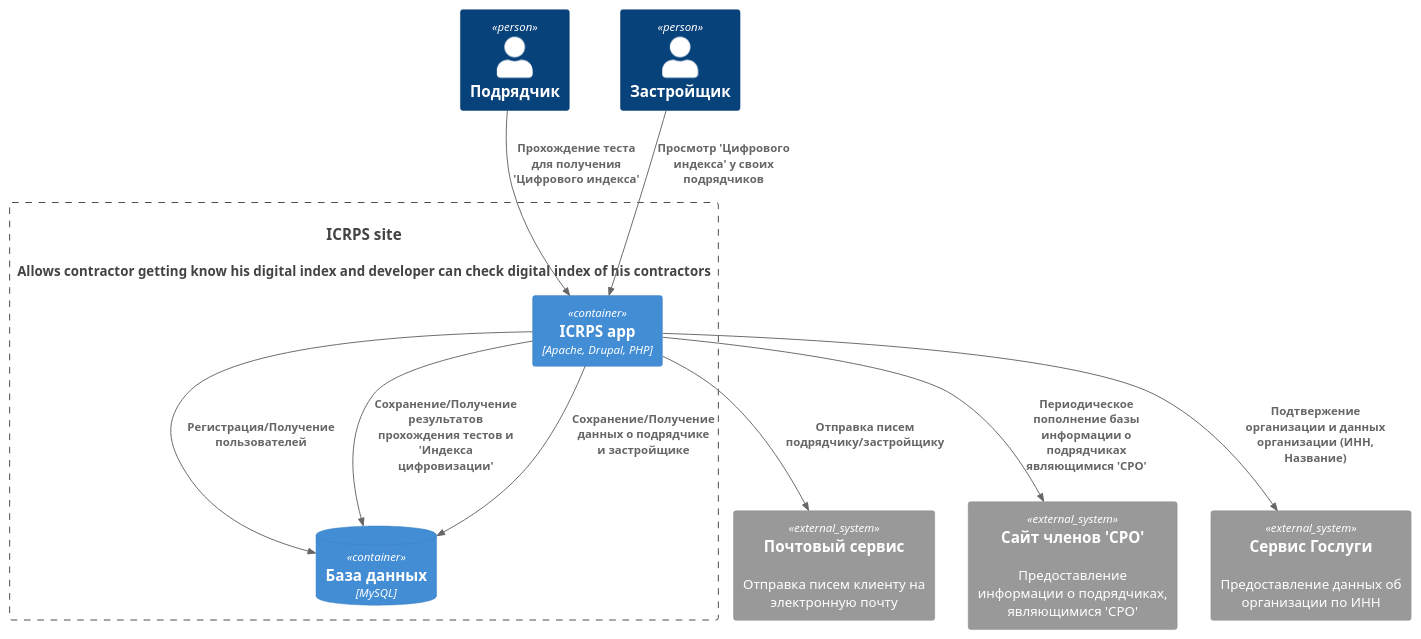
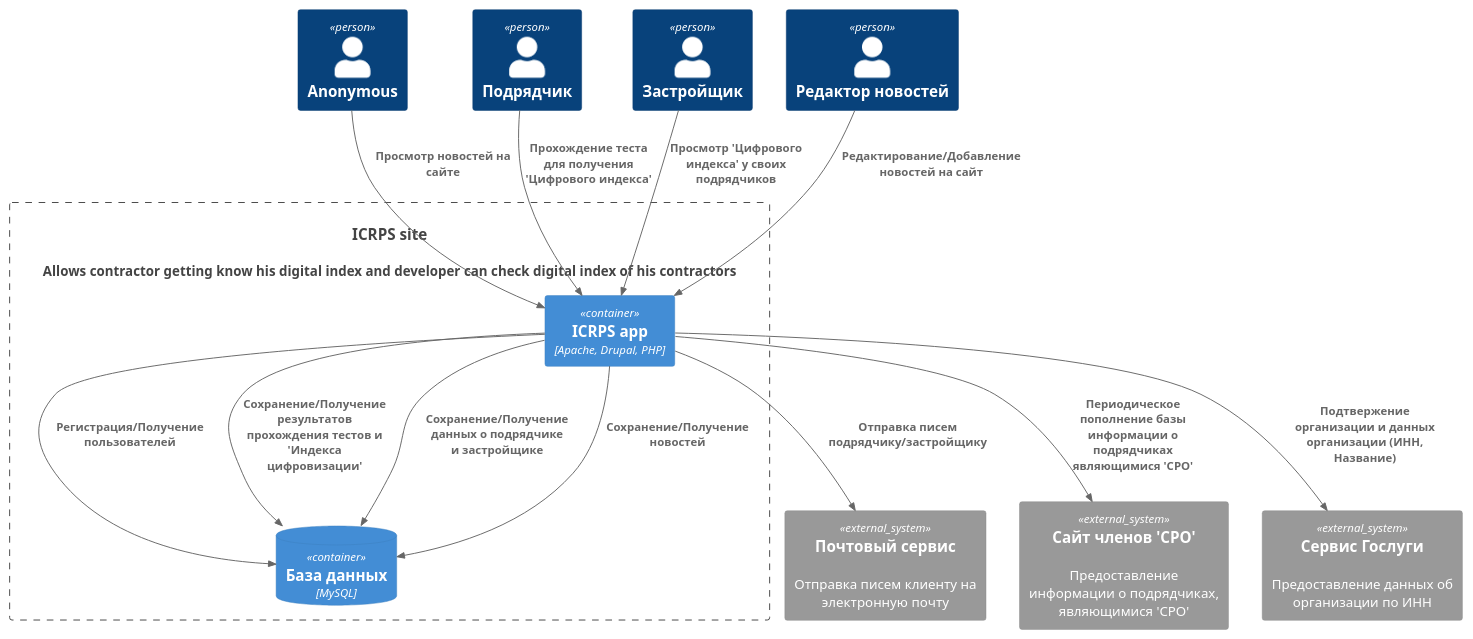
One commit to UsingCoding/ICRPS-docs changed the diagram in docs/c4/2-container.puml. Above: the diagram before and after it, drawn with PlantUML. The commit also changed 5 other files, not shown here.

```diff
--- a/docs/c4/2-container.puml
+++ b/docs/c4/2-container.puml
@@ -1,28 +1,33 @@
 @startuml container-level
 !include https://raw.githubusercontent.com/plantuml-stdlib/C4-PlantUML/master/C4_Container.puml
 
+Person(user_anonymous, "Anonymous")
 Person(user_contractor, "Подрядчик")
 Person(user_developer, "Застройщик")
+Person(user_news_editor, "Редактор новостей")
 
 System(system_site, "ICRPS site", "Allows contractor getting know his digital index and developer can check digital index of his contractors")
 
 System_Boundary(system_site, "ICRPS site") {
     Container(system_app, "ICRPS app", "Apache, Drupal, PHP")
     ContainerDb(system_db, "База данных", "MySQL")
 }
 
 System_Ext(system_email, "Почтовый сервис", "Отправка писем клиенту на электронную почту")
 System_Ext(system_sro_site, "Сайт членов 'СРО'", "Предоставление информации о подрядчиках, являющимися 'СРО'")
 System_Ext(system_esia, "Сервис Гослуги", "Предоставление данных об организации по ИНН")
 
 Rel(system_app, system_db, "Регистрация/Получение пользователей")
 Rel(system_app, system_db, "Сохранение/Получение результатов прохождения тестов и 'Индекса цифровизации'")
 Rel(system_app, system_db, "Сохранение/Получение данных о подрядчике и застройщике")
+Rel(system_app, system_db, "Сохранение/Получение новостей")
 
+Rel(user_anonymous, system_app, "Просмотр новостей на сайте")
 Rel(user_contractor, system_app, "Прохождение теста для получения 'Цифрового индекса'")
 Rel(user_developer, system_app, "Просмотр 'Цифрового индекса' у своих подрядчиков")
+Rel(user_news_editor, system_app, "Редактирование/Добавление новостей на сайт")
 Rel(system_app, system_email, "Отправка писем подрядчику/застройщику")
 Rel(system_app, system_sro_site, "Периодическое пополнение базы информации о подрядчиках являющимися 'СРО'")
 Rel(system_app, system_esia, "Подтвержение организации и данных организации (ИНН, Название)")
 
 @enduml
```
